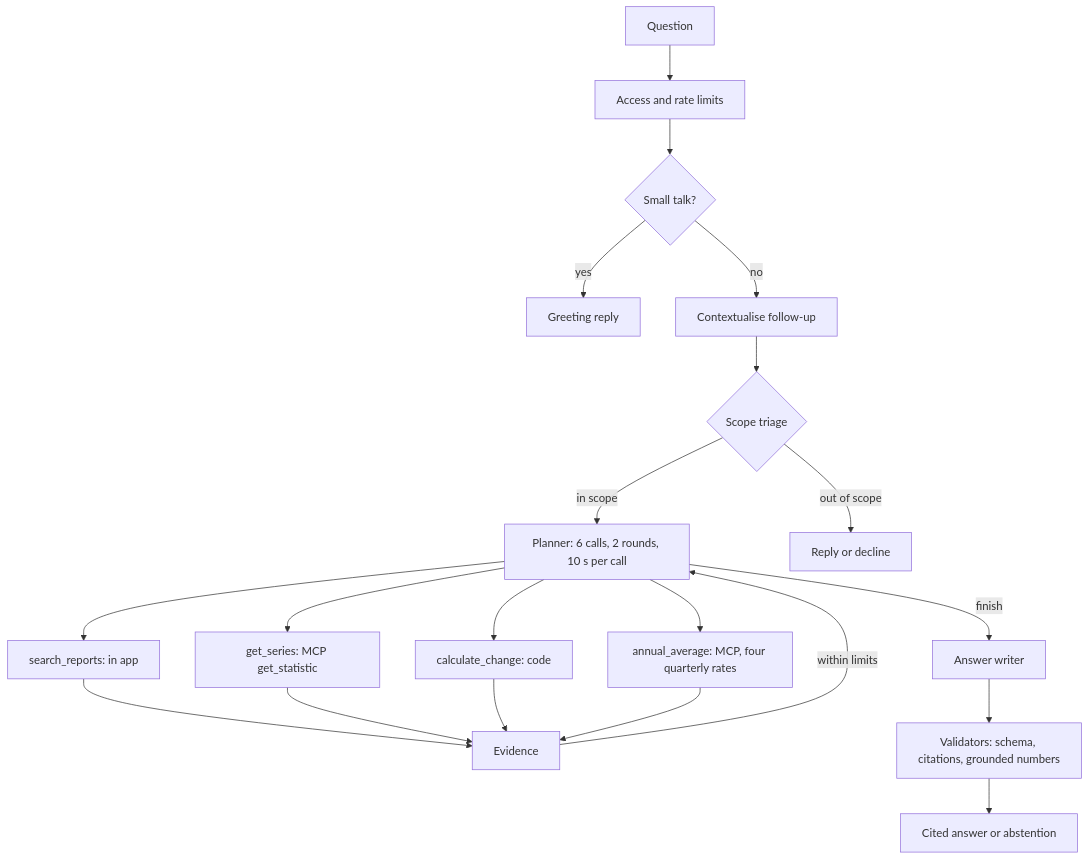
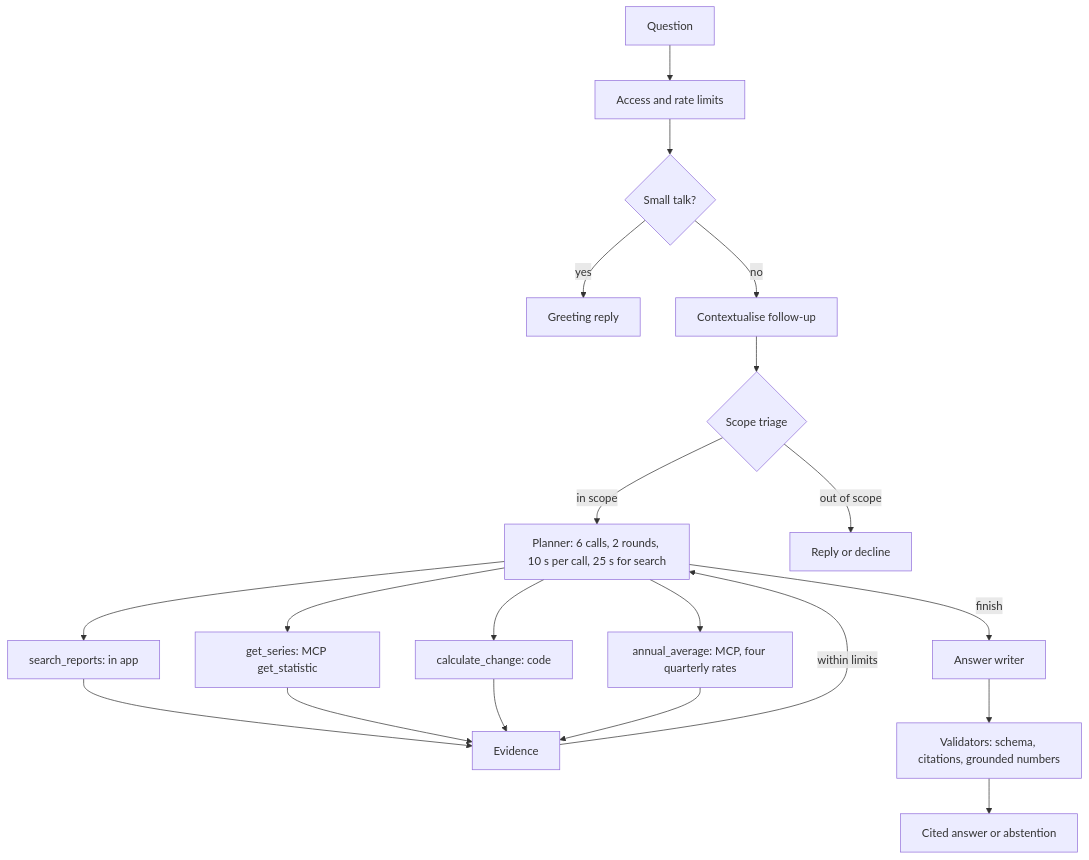
The second of 2 diagrams in README.md (mihirkhandekar/labourlens), drawn with Mermaid before and after one commit. The commit also changed other lines of this file and 17 other files, not shown here.

Commit message:
Process slide, failure slide to appendix, simplified innovation page, README reorder, architecture and data sheet corrections

````diff
--- a/README.md
+++ b/README.md
@@ -63,20 +49,20 @@
 ```mermaid
 flowchart TD
   Q["Question"] --> G["Access and rate limits"] --> S{"Small talk?"}
   S -->|yes| H["Greeting reply"]
   S -->|no| C["Contextualise follow-up"] --> T{"Scope triage"}
-  T -->|in scope| P["Planner: 6 calls, 2 rounds, 10 s per call"]
+  T -->|in scope| P["Planner: 6 calls, 2 rounds, 10 s per call, 25 s for search"]
   T -->|out of scope| D["Reply or decline"]
   P --> R["search_reports: in app"]
   P --> M["get_series: MCP get_statistic"]
   P --> K["calculate_change: code"]
   P --> Y["annual_average: MCP, four quarterly rates"]
   R --> E["Evidence"]
   M --> E
   K --> E
   Y --> E
   E -->|within limits| P
   P -->|finish| A["Answer writer"]
   A --> V["Validators: schema, citations, grounded numbers"]
   V --> O["Cited answer or abstention"]
 ```
````
